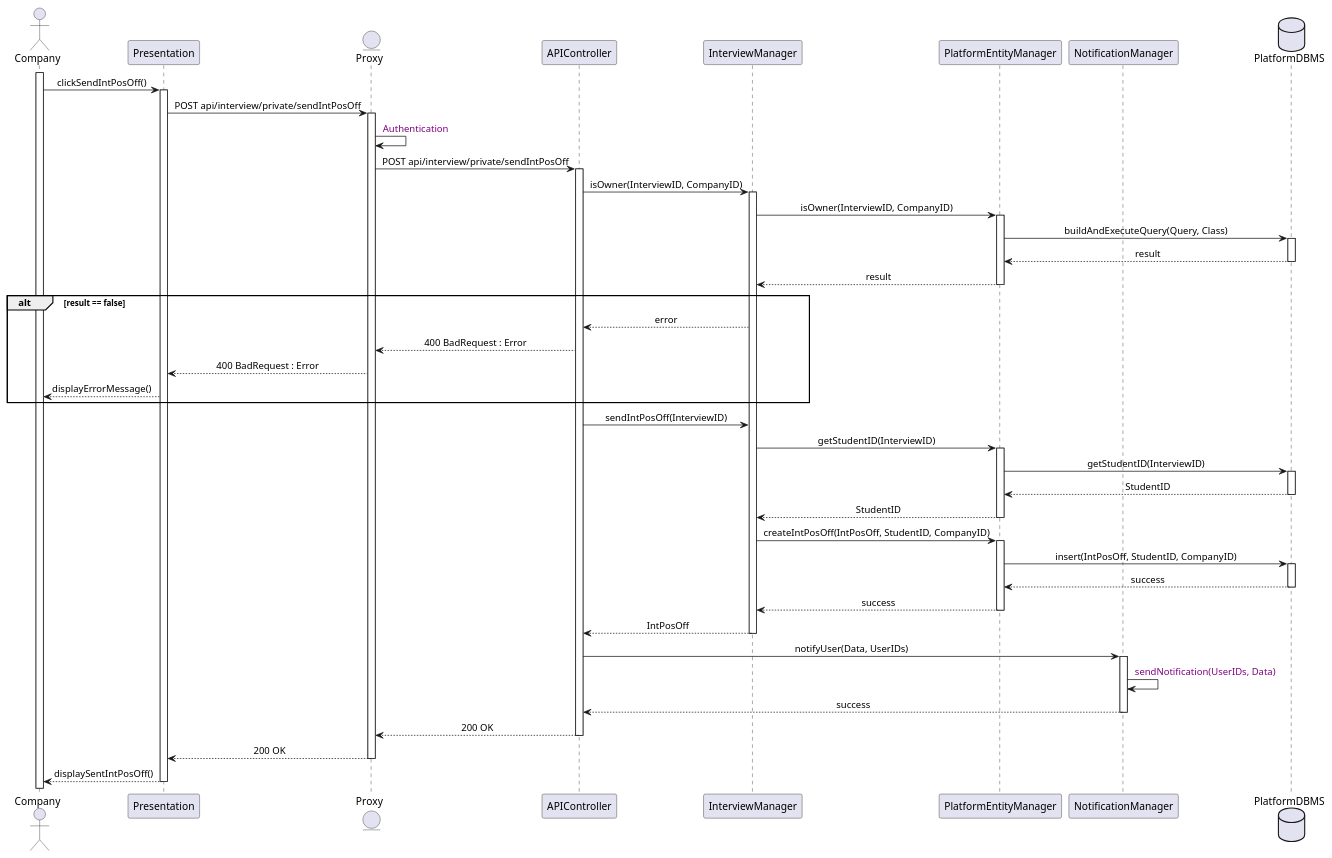
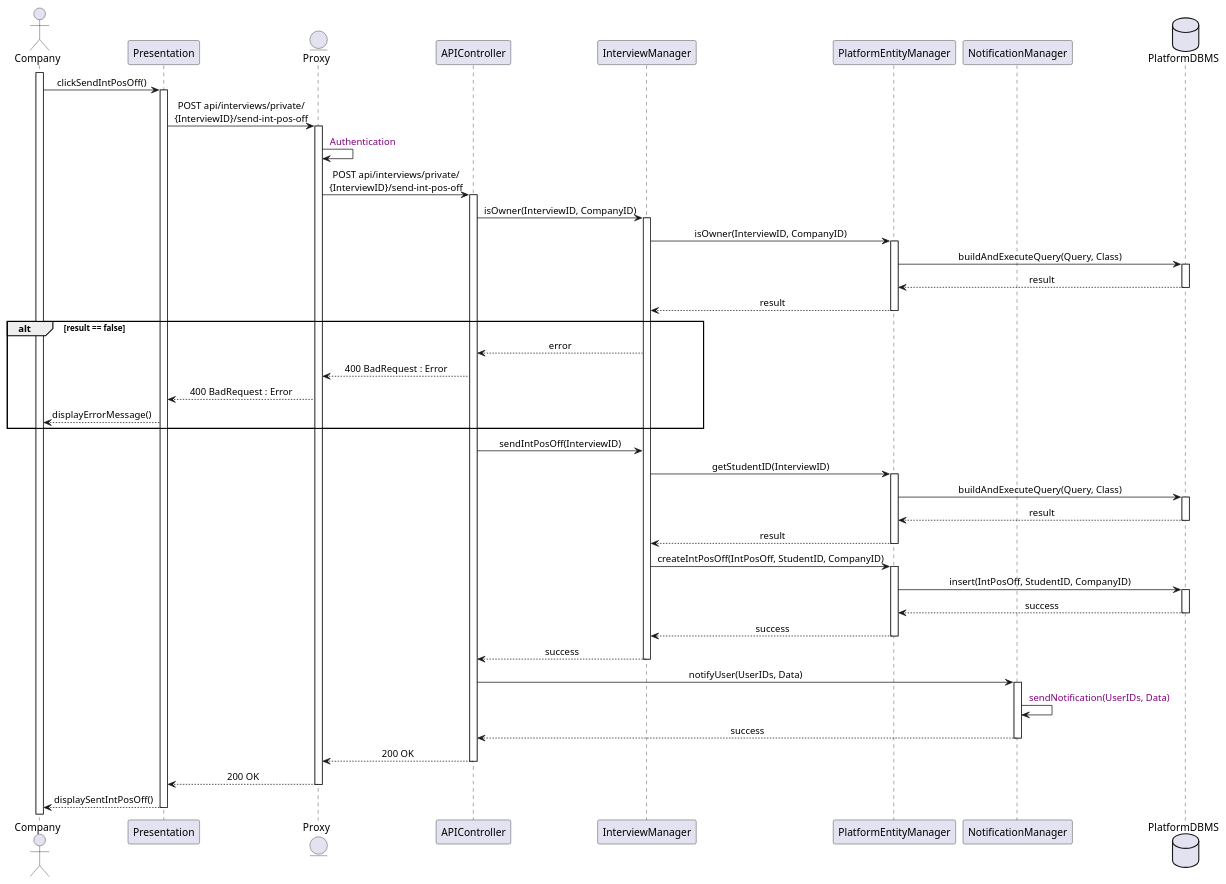
Before and after one commit to Slaitroc/RicciPaoliGrisoni: the diagram in Diagrams/SequenceDiagrams/DD/21CompanySendsIntPosOff.wsd, drawn with PlantUML.

Commit message:
Refactor 21CompanySendsIntPosOff.wsd SequenceDiagram

```diff
--- a/Diagrams/SequenceDiagrams/DD/21CompanySendsIntPosOff.wsd
+++ b/Diagrams/SequenceDiagrams/DD/21CompanySendsIntPosOff.wsd
@@ -1,67 +1,67 @@
 @startuml
 skinparam sequenceMessageAlign center
 
 actor Company
 participant Presentation
 entity Proxy
 participant APIController
 participant InterviewManager
 participant PlatformEntityManager
 participant NotificationManager
 database PlatformDBMS
 
 activate Company
 Company -> Presentation : clickSendIntPosOff()
 activate Presentation
-Presentation -> Proxy : POST api/interview/private/sendIntPosOff
+Presentation -> Proxy : POST api/interviews/private/\n{InterviewID}/send-int-pos-off
 activate Proxy
 Proxy -> Proxy : <color:purple> Authentication
-Proxy -> APIController : POST api/interview/private/sendIntPosOff
+Proxy -> APIController : POST api/interviews/private/\n{InterviewID}/send-int-pos-off
 activate APIController
 APIController -> InterviewManager : isOwner(InterviewID, CompanyID)
 activate InterviewManager
 InterviewManager -> PlatformEntityManager : isOwner(InterviewID, CompanyID)
 activate PlatformEntityManager
 PlatformEntityManager -> PlatformDBMS : buildAndExecuteQuery(Query, Class)
 activate PlatformDBMS
 PlatformDBMS --> PlatformEntityManager : result
 deactivate PlatformDBMS
 PlatformEntityManager --> InterviewManager : result
 deactivate PlatformEntityManager
 alt result == false
 InterviewManager --> APIController : error
 APIController --> Proxy : 400 BadRequest : Error
 Proxy --> Presentation : 400 BadRequest : Error
 Presentation --> Company : displayErrorMessage()
 end
 APIController -> InterviewManager : sendIntPosOff(InterviewID)
 InterviewManager -> PlatformEntityManager : getStudentID(InterviewID)
 activate PlatformEntityManager
-PlatformEntityManager -> PlatformDBMS : getStudentID(InterviewID)
+PlatformEntityManager -> PlatformDBMS : buildAndExecuteQuery(Query, Class)
 activate PlatformDBMS
-PlatformDBMS --> PlatformEntityManager : StudentID
+PlatformDBMS --> PlatformEntityManager : result
 deactivate PlatformDBMS
-PlatformEntityManager --> InterviewManager : StudentID
+PlatformEntityManager --> InterviewManager : result
 deactivate PlatformEntityManager
 InterviewManager -> PlatformEntityManager : createIntPosOff(IntPosOff, StudentID, CompanyID)
 activate PlatformEntityManager
 PlatformEntityManager -> PlatformDBMS : insert(IntPosOff, StudentID, CompanyID)
 activate PlatformDBMS
 PlatformDBMS --> PlatformEntityManager : success
 deactivate PlatformDBMS
 PlatformEntityManager --> InterviewManager : success
 deactivate PlatformEntityManager
-InterviewManager --> APIController : IntPosOff
+InterviewManager --> APIController : success
 deactivate InterviewManager
-APIController -> NotificationManager : notifyUser(Data, UserIDs)
+APIController -> NotificationManager : notifyUser(UserIDs, Data)
 activate NotificationManager
 NotificationManager -> NotificationManager : <color:purple> sendNotification(UserIDs, Data)
 NotificationManager --> APIController : success
 deactivate NotificationManager
 APIController --> Proxy : 200 OK
 deactivate APIController
 Proxy --> Presentation : 200 OK
 deactivate Proxy
 Presentation --> Company : displaySentIntPosOff()
 deactivate Presentation
 @enduml
```
